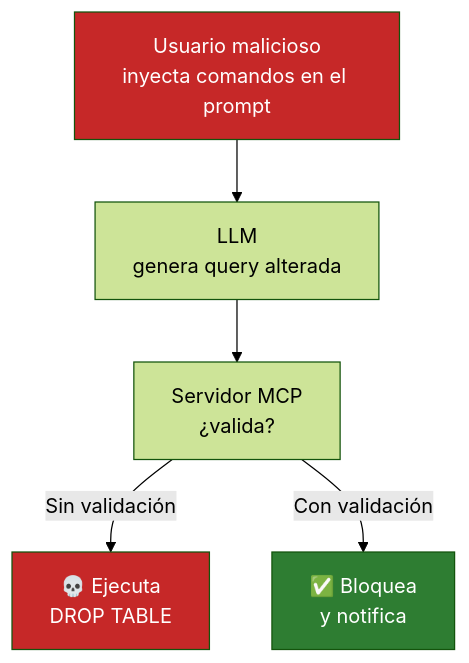
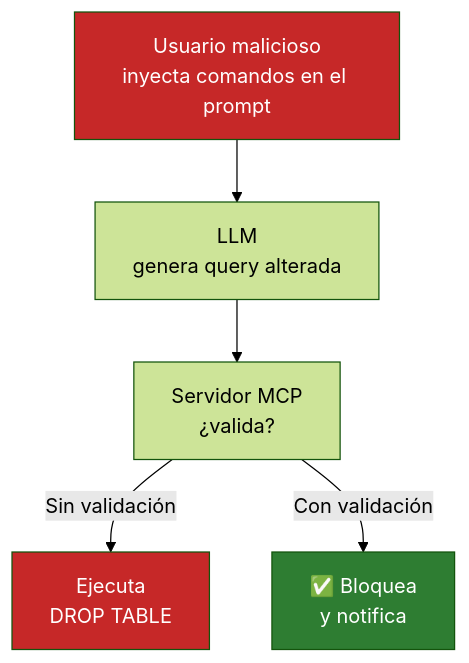
The third of 4 diagrams in bloque2/02d-mcp.qmd (Adamychen/m10_quarto), drawn with Mermaid (forest theme) before and after one commit. The commit also changed other lines of this file and 34 other files, not shown here.

````diff
--- a/bloque2/02d-mcp.qmd
+++ b/bloque2/02d-mcp.qmd
@@ -263,11 +285,11 @@
 ```{mermaid}
 graph TD
     A[Usuario malicioso<br/>inyecta comandos en el prompt] --> B[LLM<br/>genera query alterada]
     B --> C[Servidor MCP<br/>¿valida?]
-    C -->|Sin validación| D[💀 Ejecuta<br/>DROP TABLE]
+    C -->|Sin validación| D["Ejecuta<br/>DROP TABLE"]
     C -->|Con validación| E[✅ Bloquea<br/>y notifica]
 
     style A fill:#c62828,color:#fff
     style D fill:#c62828,color:#fff
     style E fill:#2e7d32,color:#fff
 ```
````
